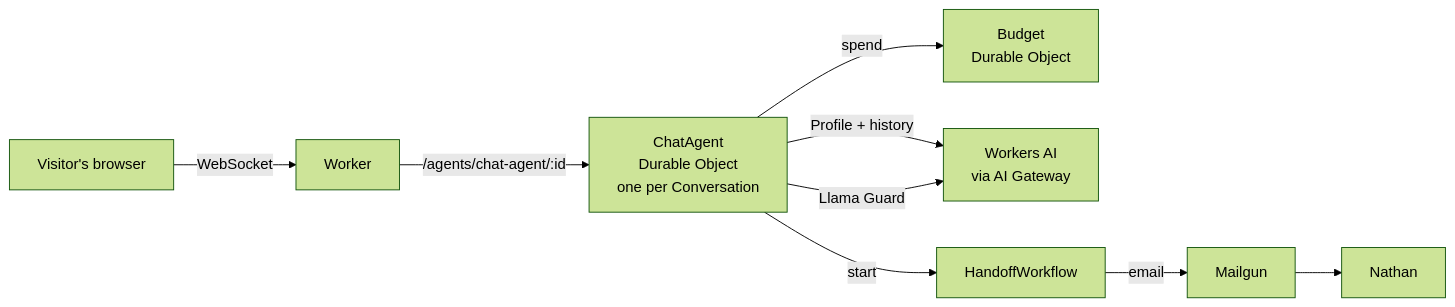
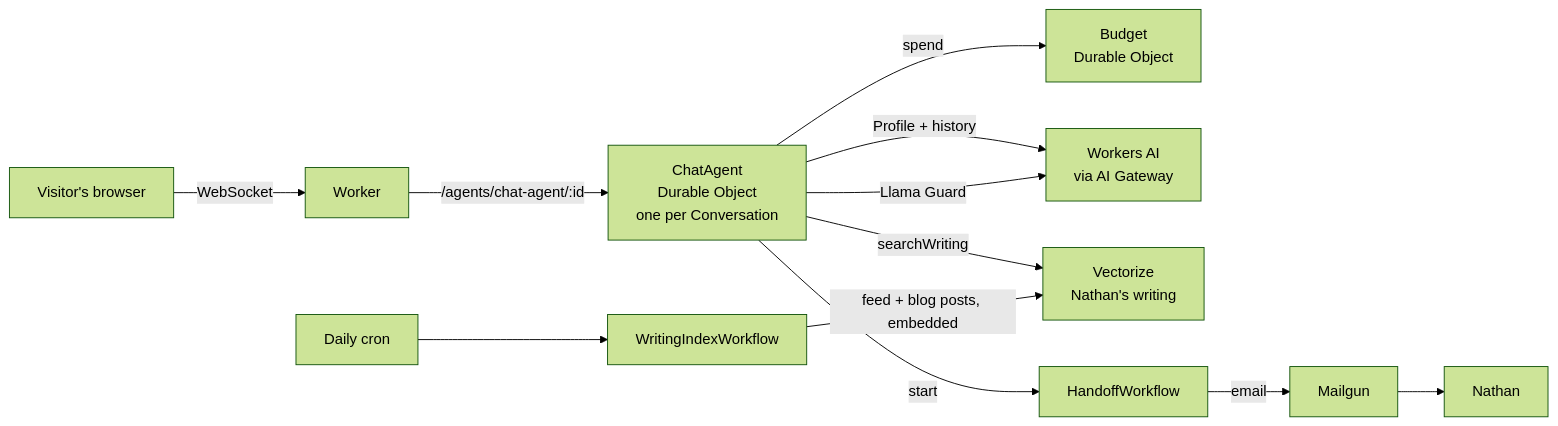
Before and after one commit to narthur/natbot: the diagram in README.md, drawn with Mermaid (forest theme). The commit also changed other lines of this file and 19 other files, not shown here.

First line of the commit message:
Search Nathan's writing with Vectorize (issue #28)

````diff
--- a/README.md
+++ b/README.md
@@ -18,10 +18,13 @@
 ```mermaid
 flowchart LR
   V[Visitor's browser] -- WebSocket --> W[Worker]
   W -- "/agents/chat-agent/:id" --> C[ChatAgent<br/>Durable Object<br/>one per Conversation]
   C -- spend --> B[Budget<br/>Durable Object]
   C -- "Profile + history" --> AI[Workers AI<br/>via AI Gateway]
   C -- Llama Guard --> AI
+  C -- searchWriting --> VZ[Vectorize<br/>Nathan's writing]
+  CR[Daily cron] --> I[WritingIndexWorkflow]
+  I -- "feed + blog posts, embedded" --> VZ
   C -- start --> H[HandoffWorkflow]
   H -- email --> M[Mailgun] --> N[Nathan]
 ```
````
